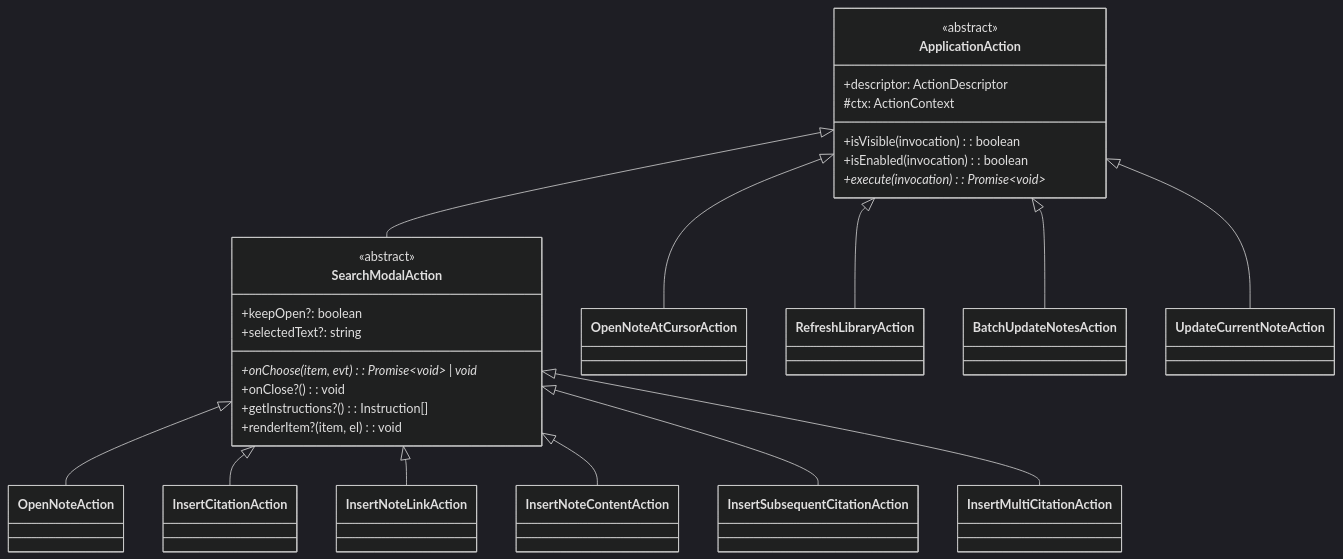
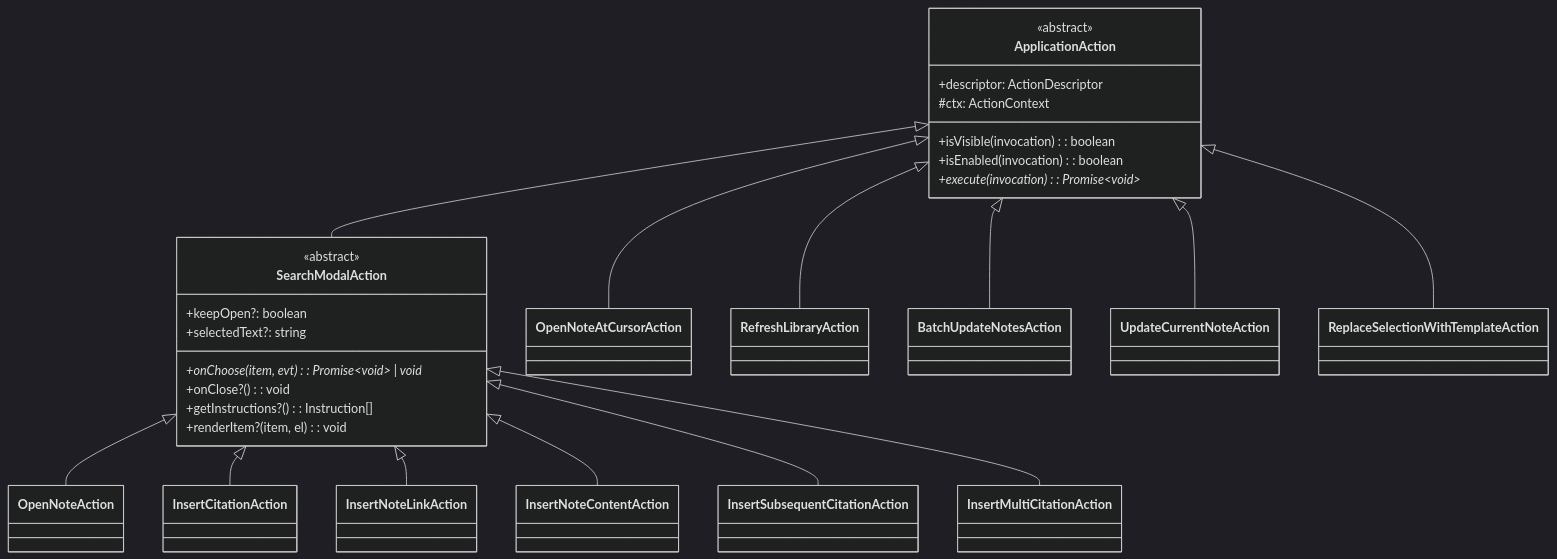
Diagram 14 of 23 in docs/architecture.md (akhmialeuski/obsidian-citation-extended), drawn with Mermaid (dark theme) before and after one commit. The commit also changed other lines of this file and 10 other files, not shown here.

First line of the commit message:
docs: document replacing a selection with template output

````diff
--- a/docs/architecture.md
+++ b/docs/architecture.md
@@ -693,44 +693,46 @@
 ```mermaid
 classDiagram
     class ApplicationAction {
         <<abstract>>
         +descriptor: ActionDescriptor
         #ctx: ActionContext
         +isVisible(invocation): boolean
         +isEnabled(invocation): boolean
         +execute(invocation)*: Promise~void~
     }
 
     class SearchModalAction {
         <<abstract>>
         +keepOpen?: boolean
         +selectedText?: string
         +onChoose(item, evt)*: Promise~void~ | void
         +onClose?(): void
         +getInstructions?(): Instruction[]
         +renderItem?(item, el): void
     }
 
     class OpenNoteAction
     class InsertCitationAction
     class InsertNoteLinkAction
     class InsertNoteContentAction
     class InsertSubsequentCitationAction
     class InsertMultiCitationAction
     class OpenNoteAtCursorAction
     class RefreshLibraryAction
     class BatchUpdateNotesAction
     class UpdateCurrentNoteAction
+    class ReplaceSelectionWithTemplateAction
 
     ApplicationAction <|-- SearchModalAction
     SearchModalAction <|-- OpenNoteAction
     SearchModalAction <|-- InsertCitationAction
     SearchModalAction <|-- InsertNoteLinkAction
     SearchModalAction <|-- InsertNoteContentAction
     SearchModalAction <|-- InsertSubsequentCitationAction
     SearchModalAction <|-- InsertMultiCitationAction
     ApplicationAction <|-- OpenNoteAtCursorAction
     ApplicationAction <|-- RefreshLibraryAction
     ApplicationAction <|-- BatchUpdateNotesAction
     ApplicationAction <|-- UpdateCurrentNoteAction
+    ApplicationAction <|-- ReplaceSelectionWithTemplateAction
 ```
````
